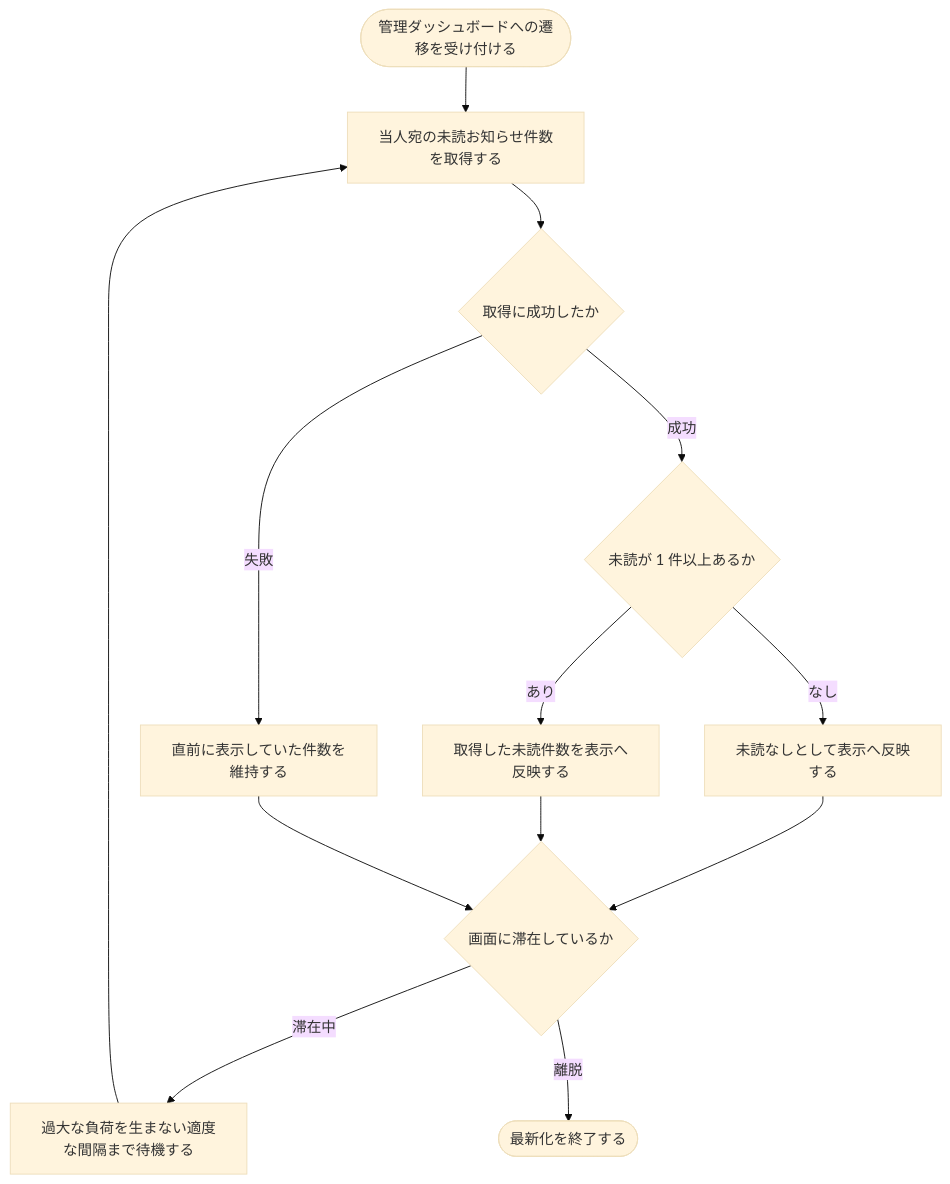
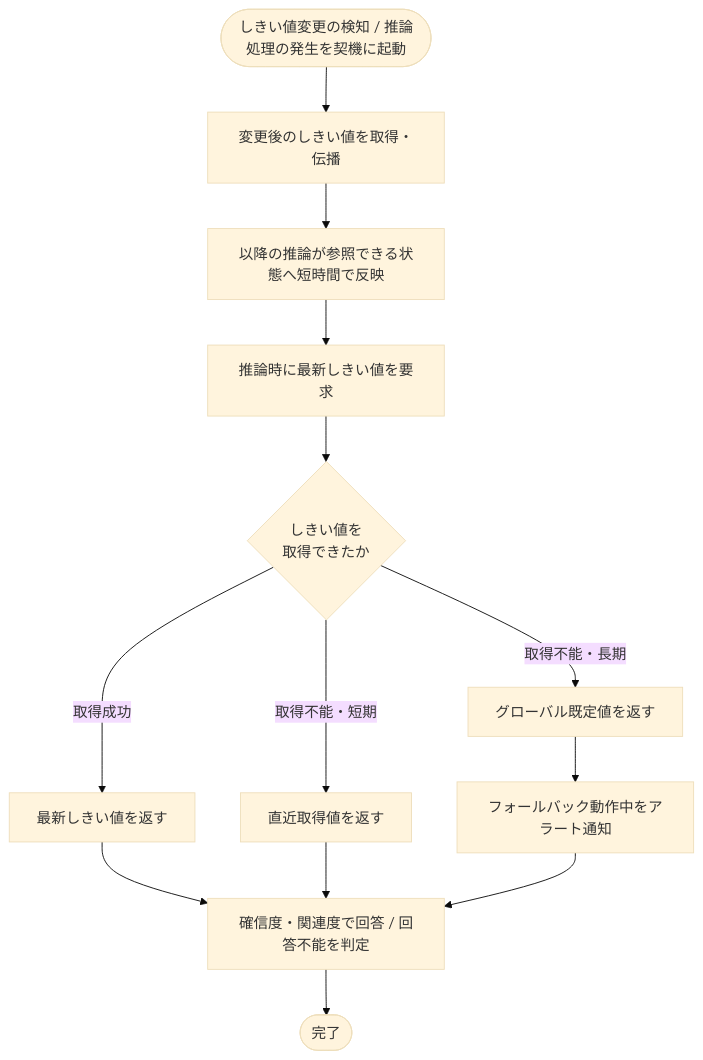
Before and after one commit to sikakou54/open-faq: the diagram in 02_basic_design/02_backend/01_system/SYS-015.md, drawn with Mermaid (base theme). The commit also changed other lines of this file and 395 other files, not shown here.

````diff
--- a/02_basic_design/02_backend/01_system/SYS-015.md
+++ b/02_basic_design/02_backend/01_system/SYS-015.md
@@ -28,15 +26,15 @@
 ```mermaid
 flowchart TB
-  A([管理ダッシュボードへの遷移を受け付ける]) --> B[当人宛の未読お知らせ件数を取得する]
-  B --> C{取得に成功したか}
-  C -->|失敗| F[直前に表示していた件数を維持する]
-  C -->|成功| D{未読が 1 件以上あるか}
-  D -->|なし| E[未読なしとして表示へ反映する]
-  D -->|あり| G[取得した未読件数を表示へ反映する]
-  E --> H{画面に滞在しているか}
-  G --> H
-  F --> H
-  H -->|滞在中| I[過大な負荷を生まない適度な間隔まで待機する]
-  I --> B
-  H -->|離脱| Z([最新化を終了する])
+  S([しきい値変更の検知 / 推論処理の発生を契機に起動]) --> A[変更後のしきい値を取得・伝播]
+  A --> B[以降の推論が参照できる状態へ短時間で反映]
+  B --> C[推論時に最新しきい値を要求]
+  C --> D{しきい値を<br/>取得できたか}
+  D -- 取得成功 --> E[最新しきい値を返す]
+  D -- 取得不能・短期 --> F[直近取得値を返す]
+  D -- 取得不能・長期 --> G[グローバル既定値を返す]
+  G --> H[フォールバック動作中をアラート通知]
+  E --> I[確信度・関連度で回答 / 回答不能を判定]
+  F --> I
+  H --> I
+  I --> J([完了])
 ```
````
